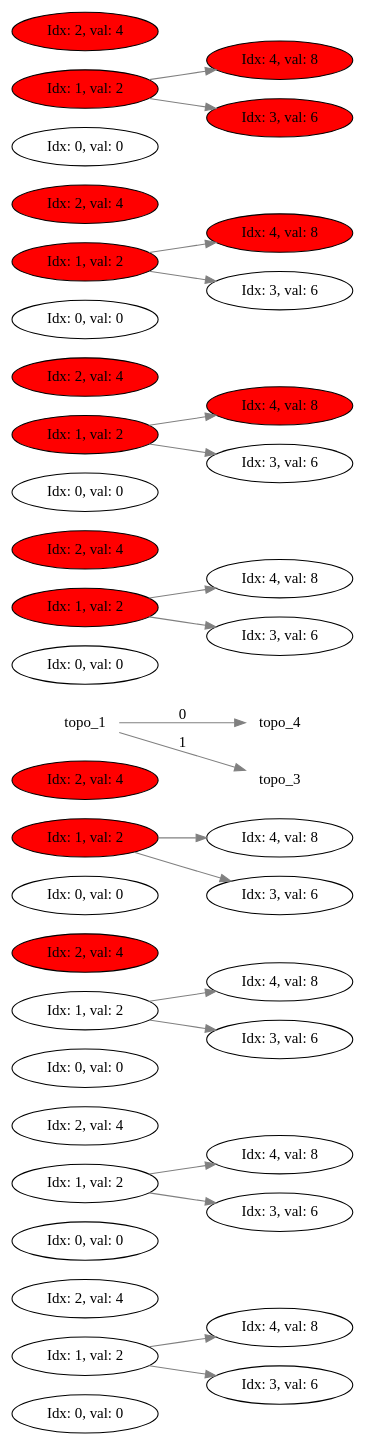
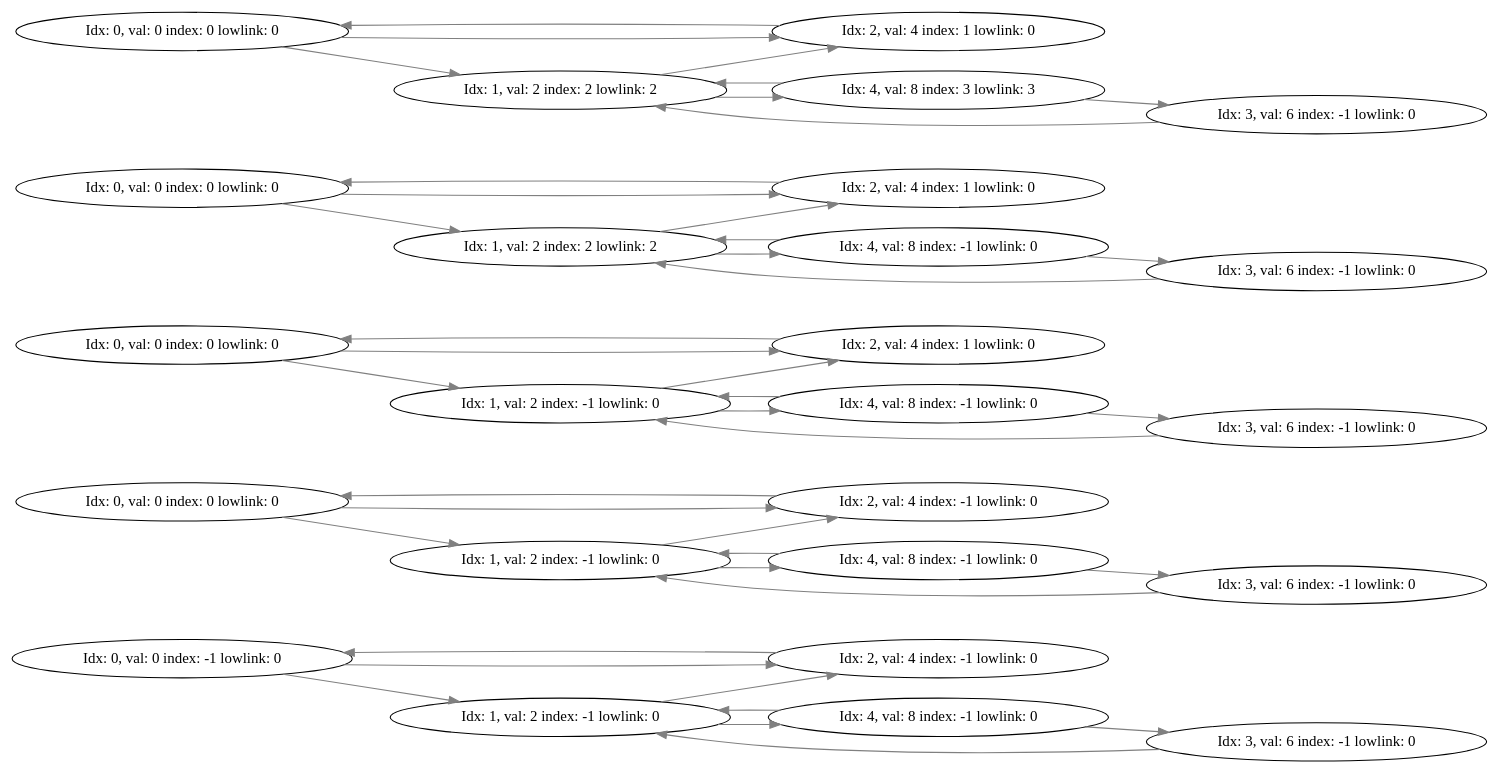
Before and after one commit to Davoleo/uni: the diagram in AeSD/lab/graph/graph.dot, drawn with Graphviz. The commit also changed 2 other files, not shown here.

```diff
--- a/AeSD/lab/graph/graph.dot
+++ b/AeSD/lab/graph/graph.dot
@@ -1,103 +1,95 @@
 digraph g
 { 
 node [shape=none]
 rankdir="LR"
 node_0_0
-[ shape = oval; label = "Idx: 0, val: 0" ];
+[ shape = oval; label = "Idx: 0, val: 0 index: -1 lowlink: 0" ];
+node_0_0 -> node_2_0 [  color=gray ]
+node_0_0 -> node_1_0 [  color=gray ]
 node_1_0
-[ shape = oval; label = "Idx: 1, val: 2" ];
+[ shape = oval; label = "Idx: 1, val: 2 index: -1 lowlink: 0" ];
 node_1_0 -> node_4_0 [  color=gray ]
-node_1_0 -> node_3_0 [  color=gray ]
+node_1_0 -> node_2_0 [  color=gray ]
 node_2_0
-[ shape = oval; label = "Idx: 2, val: 4" ];
+[ shape = oval; label = "Idx: 2, val: 4 index: -1 lowlink: 0" ];
+node_2_0 -> node_0_0 [  color=gray ]
 node_3_0
-[ shape = oval; label = "Idx: 3, val: 6" ];
+[ shape = oval; label = "Idx: 3, val: 6 index: -1 lowlink: 0" ];
+node_3_0 -> node_1_0 [  color=gray ]
 node_4_0
-[ shape = oval; label = "Idx: 4, val: 8" ];
+[ shape = oval; label = "Idx: 4, val: 8 index: -1 lowlink: 0" ];
+node_4_0 -> node_3_0 [  color=gray ]
+node_4_0 -> node_1_0 [  color=gray ]
 node_0_1
-[ shape = oval; label = "Idx: 0, val: 0" ];
+[ shape = oval; label = "Idx: 0, val: 0 index: 0 lowlink: 0" ];
+node_0_1 -> node_2_1 [  color=gray ]
+node_0_1 -> node_1_1 [  color=gray ]
 node_1_1
-[ shape = oval; label = "Idx: 1, val: 2" ];
+[ shape = oval; label = "Idx: 1, val: 2 index: -1 lowlink: 0" ];
 node_1_1 -> node_4_1 [  color=gray ]
-node_1_1 -> node_3_1 [  color=gray ]
+node_1_1 -> node_2_1 [  color=gray ]
 node_2_1
-[ shape = oval; label = "Idx: 2, val: 4" ];
+[ shape = oval; label = "Idx: 2, val: 4 index: -1 lowlink: 0" ];
+node_2_1 -> node_0_1 [  color=gray ]
 node_3_1
-[ shape = oval; label = "Idx: 3, val: 6" ];
+[ shape = oval; label = "Idx: 3, val: 6 index: -1 lowlink: 0" ];
+node_3_1 -> node_1_1 [  color=gray ]
 node_4_1
-[ shape = oval; label = "Idx: 4, val: 8" ];
+[ shape = oval; label = "Idx: 4, val: 8 index: -1 lowlink: 0" ];
+node_4_1 -> node_3_1 [  color=gray ]
+node_4_1 -> node_1_1 [  color=gray ]
 node_0_2
-[ shape = oval; label = "Idx: 0, val: 0" ];
+[ shape = oval; label = "Idx: 0, val: 0 index: 0 lowlink: 0" ];
+node_0_2 -> node_2_2 [  color=gray ]
+node_0_2 -> node_1_2 [  color=gray ]
 node_1_2
-[ shape = oval; label = "Idx: 1, val: 2" ];
+[ shape = oval; label = "Idx: 1, val: 2 index: -1 lowlink: 0" ];
 node_1_2 -> node_4_2 [  color=gray ]
-node_1_2 -> node_3_2 [  color=gray ]
+node_1_2 -> node_2_2 [  color=gray ]
 node_2_2
-[ shape = oval; fillcolor = red; style=filled; label = "Idx: 2, val: 4" ];
+[ shape = oval; label = "Idx: 2, val: 4 index: 1 lowlink: 0" ];
+node_2_2 -> node_0_2 [  color=gray ]
 node_3_2
-[ shape = oval; label = "Idx: 3, val: 6" ];
+[ shape = oval; label = "Idx: 3, val: 6 index: -1 lowlink: 0" ];
+node_3_2 -> node_1_2 [  color=gray ]
 node_4_2
-[ shape = oval; label = "Idx: 4, val: 8" ];
+[ shape = oval; label = "Idx: 4, val: 8 index: -1 lowlink: 0" ];
+node_4_2 -> node_3_2 [  color=gray ]
+node_4_2 -> node_1_2 [  color=gray ]
 node_0_3
-[ shape = oval; label = "Idx: 0, val: 0" ];
+[ shape = oval; label = "Idx: 0, val: 0 index: 0 lowlink: 0" ];
+node_0_3 -> node_2_3 [  color=gray ]
+node_0_3 -> node_1_3 [  color=gray ]
 node_1_3
-[ shape = oval; fillcolor = red; style=filled; label = "Idx: 1, val: 2" ];
+[ shape = oval; label = "Idx: 1, val: 2 index: 2 lowlink: 2" ];
 node_1_3 -> node_4_3 [  color=gray ]
-node_1_3 -> node_3_3 [  color=gray ]
+node_1_3 -> node_2_3 [  color=gray ]
 node_2_3
-[ shape = oval; fillcolor = red; style=filled; label = "Idx: 2, val: 4" ];
+[ shape = oval; label = "Idx: 2, val: 4 index: 1 lowlink: 0" ];
+node_2_3 -> node_0_3 [  color=gray ]
 node_3_3
-[ shape = oval; label = "Idx: 3, val: 6" ];
+[ shape = oval; label = "Idx: 3, val: 6 index: -1 lowlink: 0" ];
+node_3_3 -> node_1_3 [  color=gray ]
 node_4_3
-[ shape = oval; label = "Idx: 4, val: 8" ];
-topo_1 -> topo_4[color=gray, label = "0"]
+[ shape = oval; label = "Idx: 4, val: 8 index: -1 lowlink: 0" ];
+node_4_3 -> node_3_3 [  color=gray ]
+node_4_3 -> node_1_3 [  color=gray ]
 node_0_4
-[ shape = oval; label = "Idx: 0, val: 0" ];
+[ shape = oval; label = "Idx: 0, val: 0 index: 0 lowlink: 0" ];
+node_0_4 -> node_2_4 [  color=gray ]
+node_0_4 -> node_1_4 [  color=gray ]
 node_1_4
-[ shape = oval; fillcolor = red; style=filled; label = "Idx: 1, val: 2" ];
+[ shape = oval; label = "Idx: 1, val: 2 index: 2 lowlink: 2" ];
 node_1_4 -> node_4_4 [  color=gray ]
-node_1_4 -> node_3_4 [  color=gray ]
+node_1_4 -> node_2_4 [  color=gray ]
 node_2_4
-[ shape = oval; fillcolor = red; style=filled; label = "Idx: 2, val: 4" ];
+[ shape = oval; label = "Idx: 2, val: 4 index: 1 lowlink: 0" ];
+node_2_4 -> node_0_4 [  color=gray ]
 node_3_4
-[ shape = oval; label = "Idx: 3, val: 6" ];
+[ shape = oval; label = "Idx: 3, val: 6 index: -1 lowlink: 0" ];
+node_3_4 -> node_1_4 [  color=gray ]
 node_4_4
-[ shape = oval; label = "Idx: 4, val: 8" ];
-node_0_5
-[ shape = oval; label = "Idx: 0, val: 0" ];
-node_1_5
-[ shape = oval; fillcolor = red; style=filled; label = "Idx: 1, val: 2" ];
-node_1_5 -> node_4_5 [  color=gray ]
-node_1_5 -> node_3_5 [  color=gray ]
-node_2_5
-[ shape = oval; fillcolor = red; style=filled; label = "Idx: 2, val: 4" ];
-node_3_5
-[ shape = oval; label = "Idx: 3, val: 6" ];
-node_4_5
-[ shape = oval; fillcolor = red; style=filled; label = "Idx: 4, val: 8" ];
-topo_1 -> topo_3[color=gray, label = "1"]
-node_0_6
-[ shape = oval; label = "Idx: 0, val: 0" ];
-node_1_6
-[ shape = oval; fillcolor = red; style=filled; label = "Idx: 1, val: 2" ];
-node_1_6 -> node_4_6 [  color=gray ]
-node_1_6 -> node_3_6 [  color=gray ]
-node_2_6
-[ shape = oval; fillcolor = red; style=filled; label = "Idx: 2, val: 4" ];
-node_3_6
-[ shape = oval; label = "Idx: 3, val: 6" ];
-node_4_6
-[ shape = oval; fillcolor = red; style=filled; label = "Idx: 4, val: 8" ];
-node_0_7
-[ shape = oval; label = "Idx: 0, val: 0" ];
-node_1_7
-[ shape = oval; fillcolor = red; style=filled; label = "Idx: 1, val: 2" ];
-node_1_7 -> node_4_7 [  color=gray ]
-node_1_7 -> node_3_7 [  color=gray ]
-node_2_7
-[ shape = oval; fillcolor = red; style=filled; label = "Idx: 2, val: 4" ];
-node_3_7
-[ shape = oval; fillcolor = red; style=filled; label = "Idx: 3, val: 6" ];
-node_4_7
-[ shape = oval; fillcolor = red; style=filled; label = "Idx: 4, val: 8" ];
+[ shape = oval; label = "Idx: 4, val: 8 index: 3 lowlink: 3" ];
+node_4_4 -> node_3_4 [  color=gray ]
+node_4_4 -> node_1_4 [  color=gray ]
 }
```
